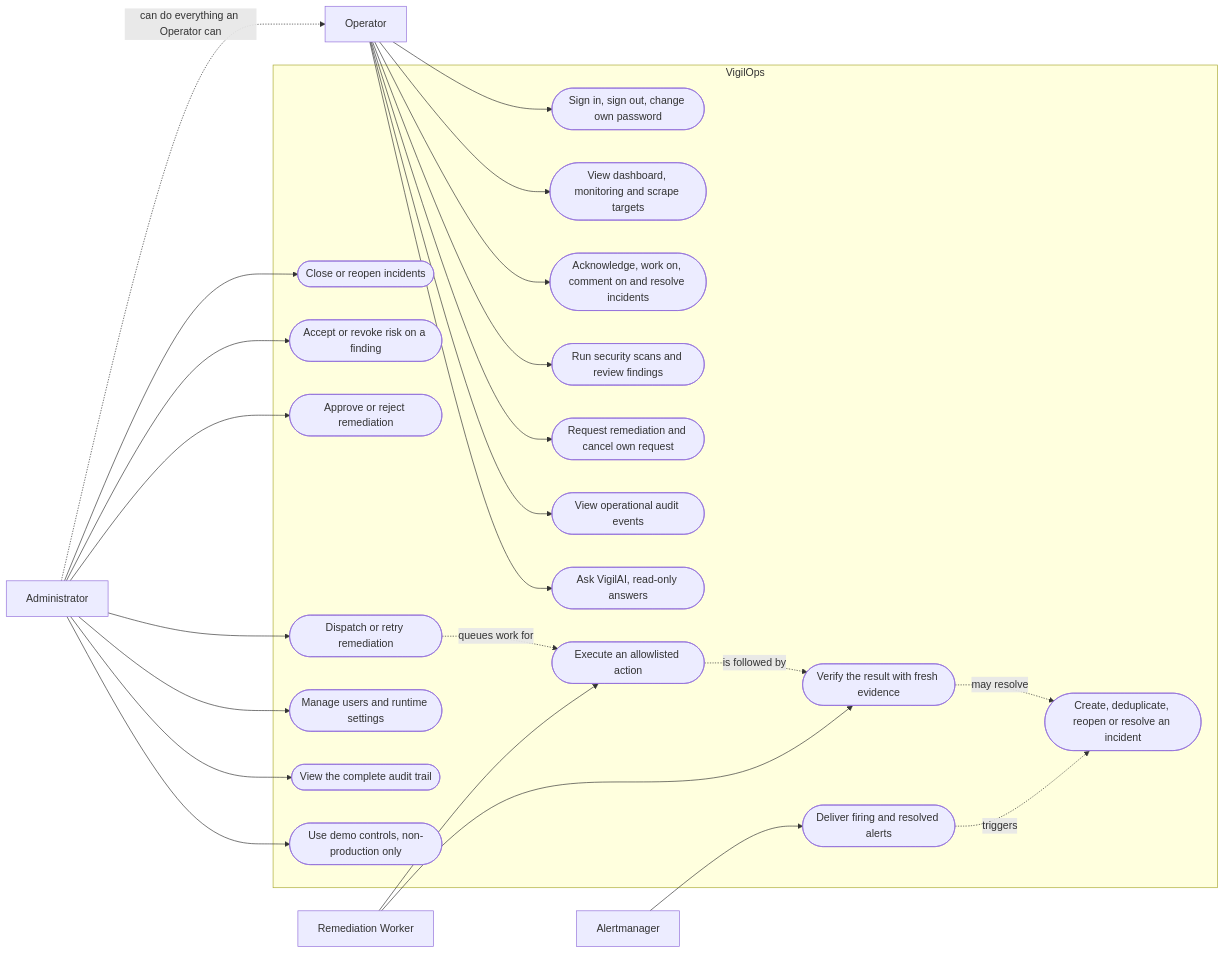
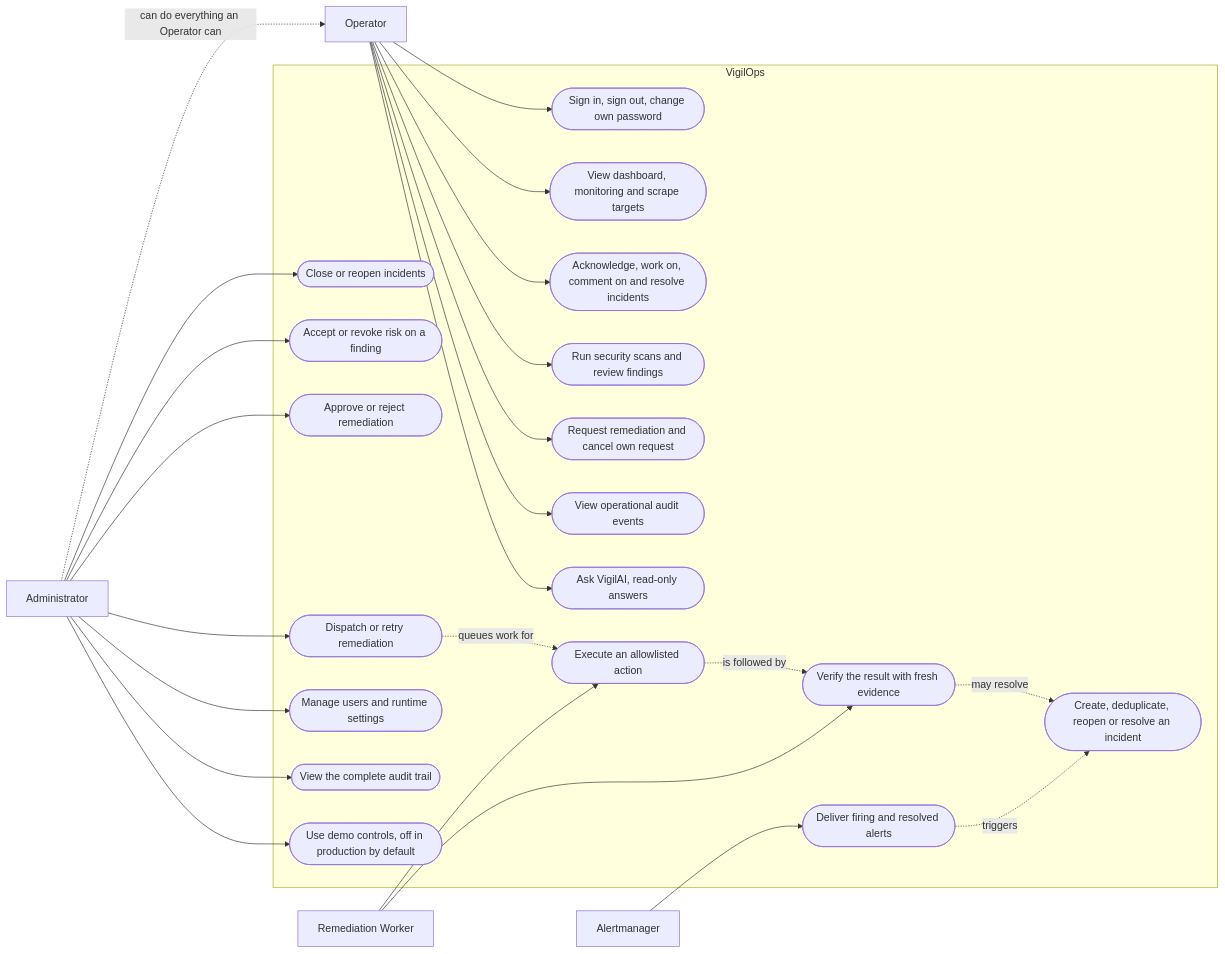
One commit to Gangadhar017/VigilOps changed the diagram in docs/diagrams/use-case.md. Above: the diagram before and after it, drawn with Mermaid. The commit also changed 7 other files, not shown here.

Commit message:
docs: guides, architecture and diagrams for the second deployment

````diff
--- a/docs/diagrams/use-case.md
+++ b/docs/diagrams/use-case.md
@@ -5,55 +5,55 @@
 ```mermaid
 flowchart LR
     operator["Operator"]
     admin["Administrator"]
     alertmgr["Alertmanager"]
     worker["Remediation Worker"]
 
     subgraph vigilops["VigilOps"]
         uc_auth(["Sign in, sign out, change own password"])
         uc_view(["View dashboard, monitoring and scrape targets"])
         uc_inc(["Acknowledge, work on, comment on and resolve incidents"])
         uc_scan(["Run security scans and review findings"])
         uc_req(["Request remediation and cancel own request"])
         uc_audit(["View operational audit events"])
         uc_ai(["Ask VigilAI, read-only answers"])
         uc_close(["Close or reopen incidents"])
         uc_risk(["Accept or revoke risk on a finding"])
         uc_approve(["Approve or reject remediation"])
         uc_exec(["Dispatch or retry remediation"])
         uc_users(["Manage users and runtime settings"])
         uc_fullaudit(["View the complete audit trail"])
-        uc_demo(["Use demo controls, non-production only"])
+        uc_demo(["Use demo controls, off in production by default"])
         uc_alert(["Deliver firing and resolved alerts"])
         uc_incident(["Create, deduplicate, reopen or resolve an incident"])
         uc_run(["Execute an allowlisted action"])
         uc_verify(["Verify the result with fresh evidence"])
     end
 
     admin -.->|"can do everything an Operator can"| operator
 
     operator --> uc_auth
     operator --> uc_view
     operator --> uc_inc
     operator --> uc_scan
     operator --> uc_req
     operator --> uc_audit
     operator --> uc_ai
 
     admin --> uc_close
     admin --> uc_risk
     admin --> uc_approve
     admin --> uc_exec
     admin --> uc_users
     admin --> uc_fullaudit
     admin --> uc_demo
 
     alertmgr --> uc_alert
     uc_alert -.->|"triggers"| uc_incident
 
     worker --> uc_run
     worker --> uc_verify
     uc_exec -.->|"queues work for"| uc_run
     uc_run -.->|"is followed by"| uc_verify
     uc_verify -.->|"may resolve"| uc_incident
 ```
````
